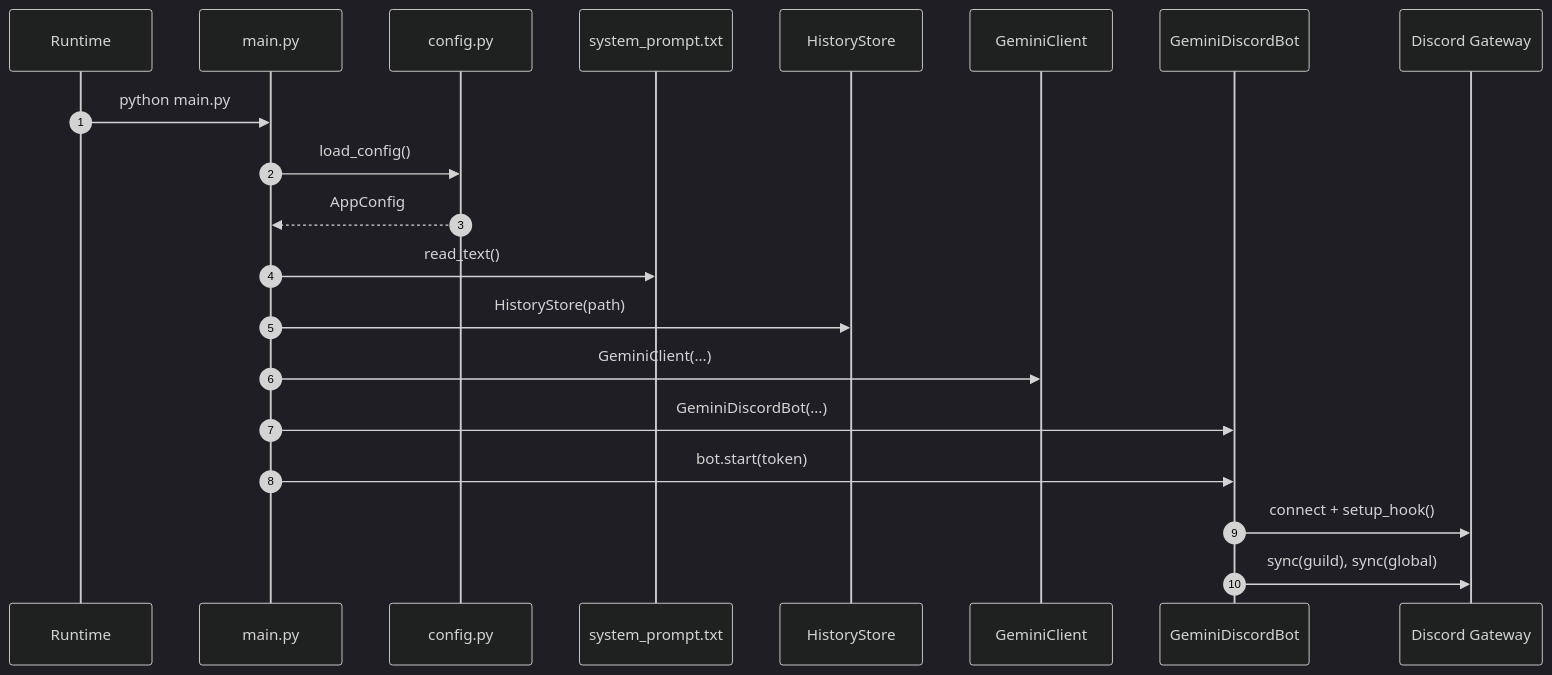
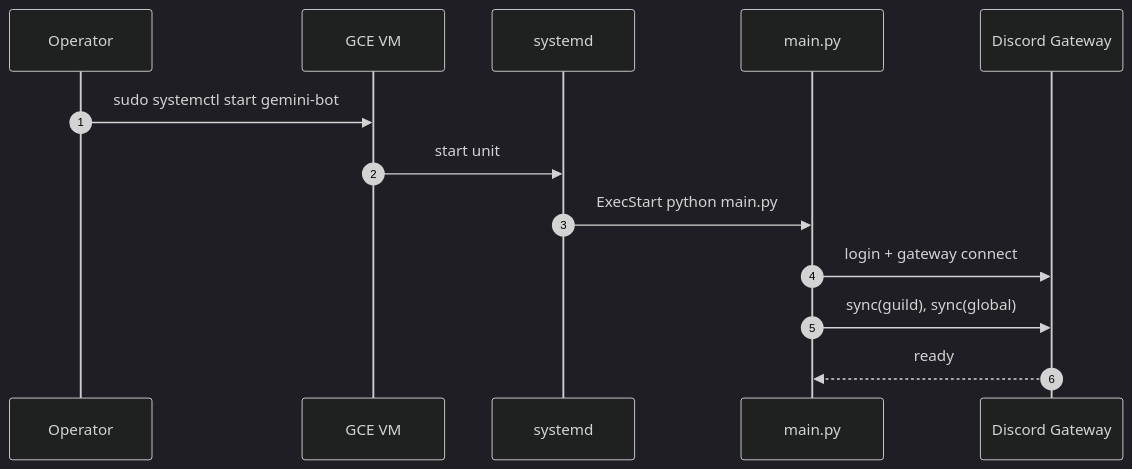
One commit to s-kirii/gemini-bot-py changed the second of 3 diagrams in docs/system-specification.md. Above: the diagram before and after it, drawn with Mermaid (dark theme). The commit also changed other lines of this file and 1 other file, not shown here.

Commit message:
Update docs for GCP-first operations and Discord setup

````diff
--- a/docs/system-specification.md
+++ b/docs/system-specification.md
@@ -228,23 +212,16 @@
 ```mermaid
 sequenceDiagram
   autonumber
-  participant OS as Runtime
+  participant Admin as Operator
+  participant VM as GCE VM
+  participant SD as systemd
   participant Main as main.py
-  participant Config as config.py
-  participant Prompt as system_prompt.txt
-  participant History as HistoryStore
-  participant Gemini as GeminiClient
-  participant Bot as GeminiDiscordBot
-  participant Discord as Discord Gateway
+  participant Disc as Discord Gateway
 
-  OS->>Main: python main.py
-  Main->>Config: load_config()
-  Config-->>Main: AppConfig
-  Main->>Prompt: read_text()
-  Main->>History: HistoryStore(path)
-  Main->>Gemini: GeminiClient(...)
-  Main->>Bot: GeminiDiscordBot(...)
-  Main->>Bot: bot.start(token)
-  Bot->>Discord: connect + setup_hook()
-  Bot->>Discord: sync(guild), sync(global)
+  Admin->>VM: sudo systemctl start gemini-bot
+  VM->>SD: start unit
+  SD->>Main: ExecStart python main.py
+  Main->>Disc: login + gateway connect
+  Main->>Disc: sync(guild), sync(global)
+  Disc-->>Main: ready
 ```
````
